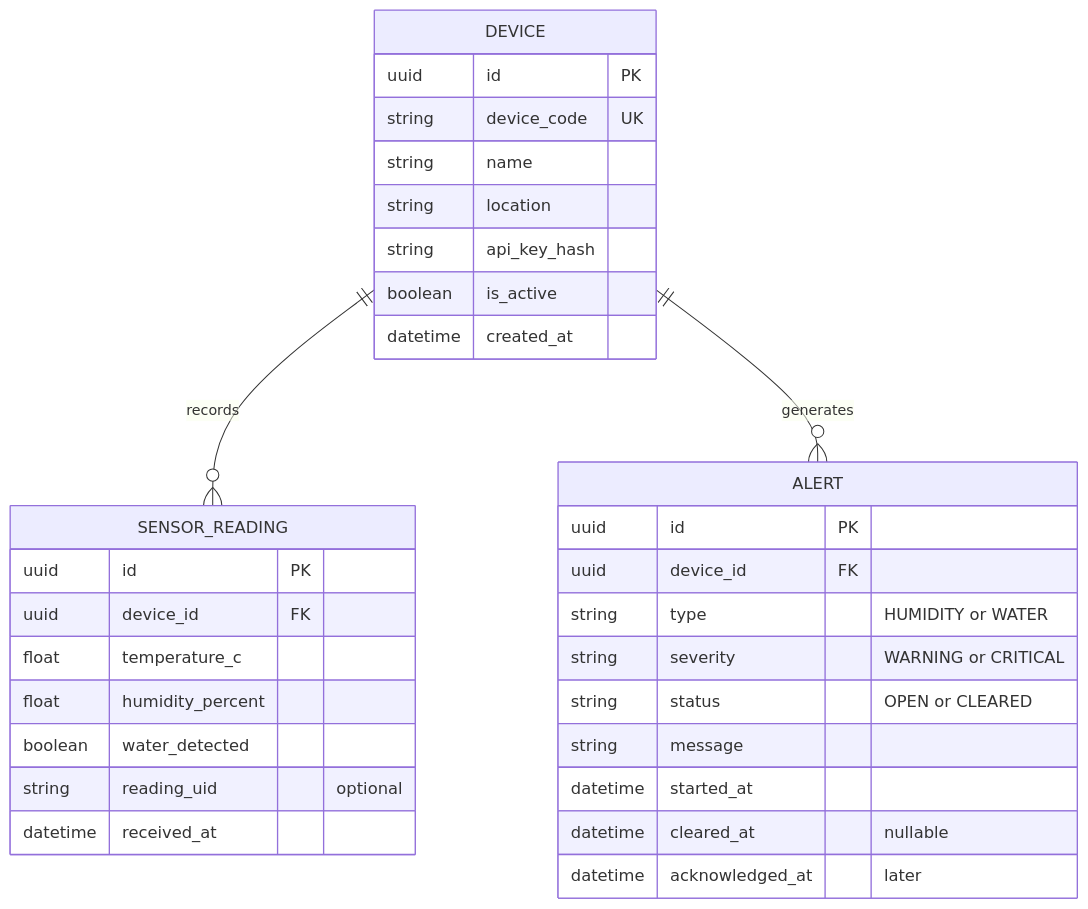
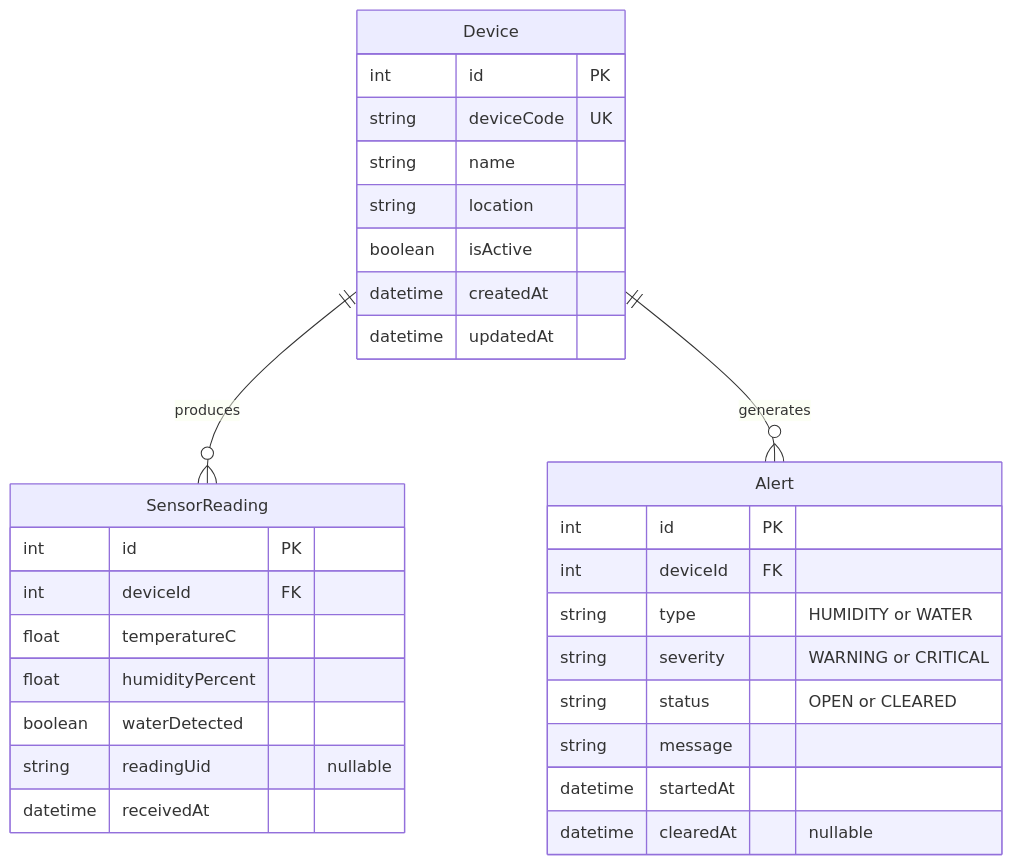
One commit to Gnomeeee/document-storage-monitor changed the diagram in docs/ERD.md. Above: the diagram before and after it, drawn with Mermaid. The commit also changed other lines of this file and 224 other files, not shown here.

````diff
--- a/docs/ERD.md
+++ b/docs/ERD.md
@@ -10,37 +5,33 @@
 ```mermaid
 erDiagram
-    DEVICE ||--o{ SENSOR_READING : records
-    DEVICE ||--o{ ALERT : generates
-
-    DEVICE {
-        uuid id PK
-        string device_code UK
+    Device ||--o{ SensorReading : produces
+    Device ||--o{ Alert : generates
+    Device {
+        int id PK
+        string deviceCode UK
         string name
         string location
-        string api_key_hash
-        boolean is_active
-        datetime created_at
+        boolean isActive
+        datetime createdAt
+        datetime updatedAt
     }
-
-    SENSOR_READING {
-        uuid id PK
-        uuid device_id FK
-        float temperature_c
-        float humidity_percent
-        boolean water_detected
-        string reading_uid "optional"
-        datetime received_at
+    SensorReading {
+        int id PK
+        int deviceId FK
+        float temperatureC
+        float humidityPercent
+        boolean waterDetected
+        string readingUid "nullable"
+        datetime receivedAt
     }
-
-    ALERT {
-        uuid id PK
-        uuid device_id FK
+    Alert {
+        int id PK
+        int deviceId FK
         string type "HUMIDITY or WATER"
         string severity "WARNING or CRITICAL"
         string status "OPEN or CLEARED"
         string message
-        datetime started_at
-        datetime cleared_at "nullable"
-        datetime acknowledged_at "later"
+        datetime startedAt
+        datetime clearedAt "nullable"
     }
 ```
````
